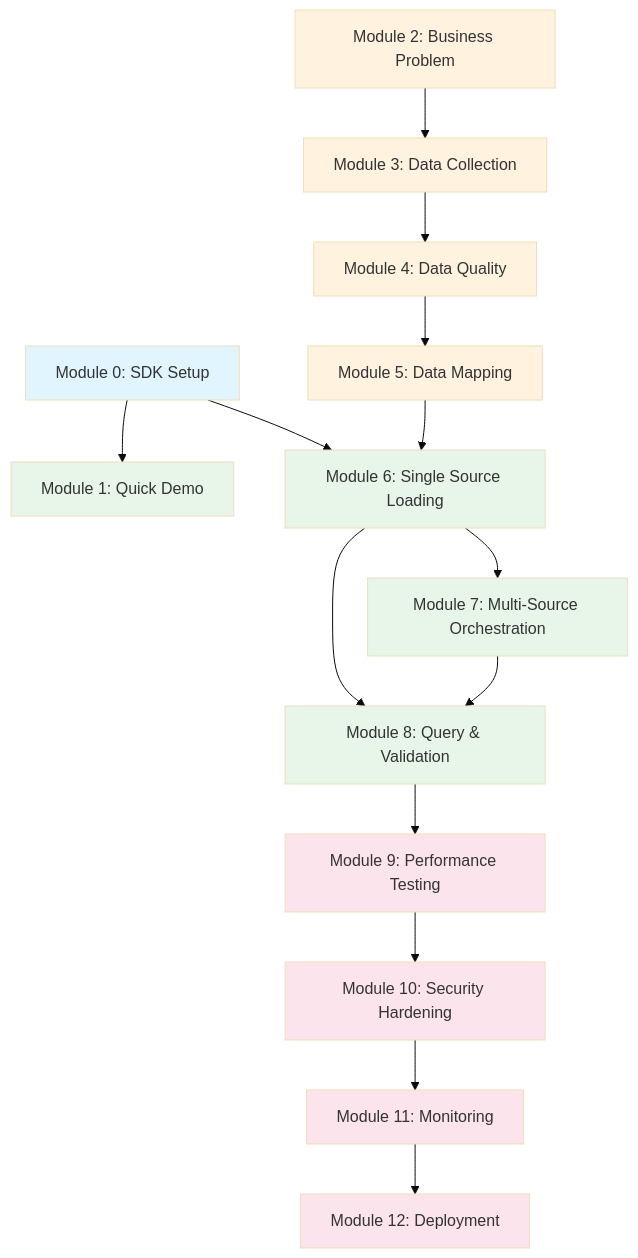
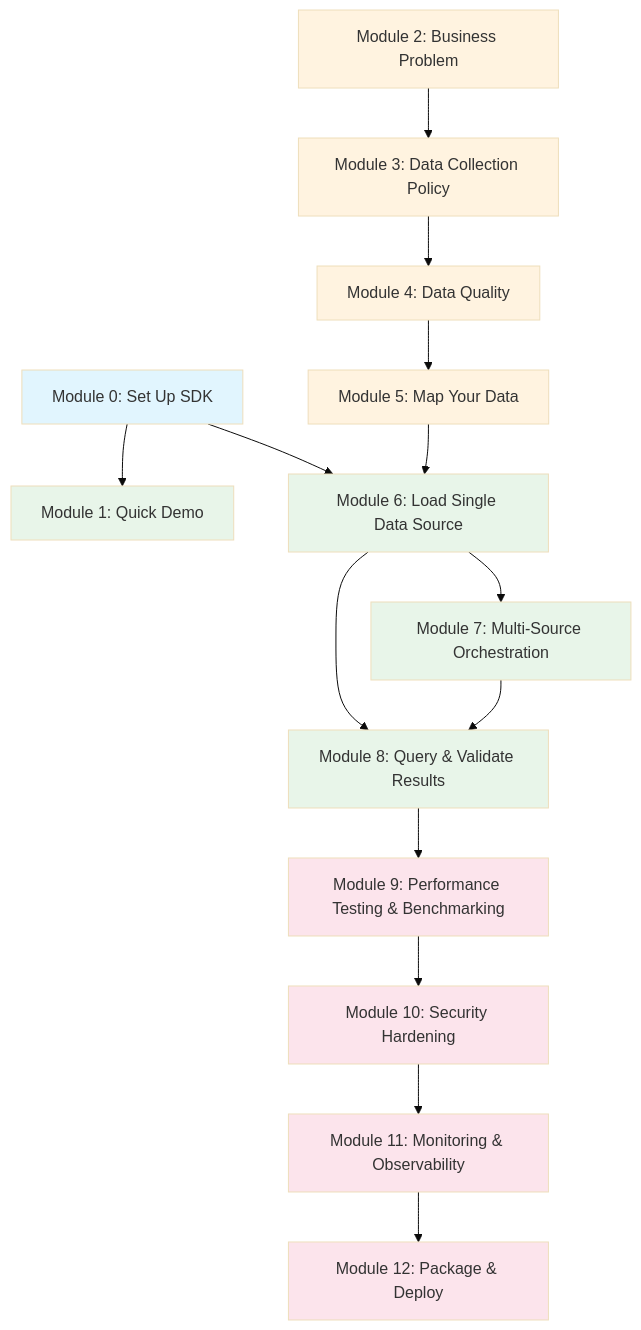
One commit to docktermj/senzing-bootcamp-kiro-powers changed the diagram in senzing-bootcamp/docs/diagrams/module-prerequisites.md. Above: the diagram before and after it, drawn with Mermaid (base theme). The commit also changed 28 other files, not shown here.

````diff
--- a/senzing-bootcamp/docs/diagrams/module-prerequisites.md
+++ b/senzing-bootcamp/docs/diagrams/module-prerequisites.md
@@ -5,33 +5,33 @@
 ```mermaid
 graph TD
-    M0[Module 0: SDK Setup] --> M1[Module 1: Quick Demo]
-    M0 --> M6[Module 6: Single Source Loading]
+    M0[Module 0: Set Up SDK] --> M1[Module 1: Quick Demo]
+    M0 --> M6[Module 6: Load Single Data Source]
 
-    M2[Module 2: Business Problem] --> M3[Module 3: Data Collection]
+    M2[Module 2: Business Problem] --> M3[Module 3: Data Collection Policy]
     M3 --> M4[Module 4: Data Quality]
-    M4 --> M5[Module 5: Data Mapping]
+    M4 --> M5[Module 5: Map Your Data]
     M5 --> M6
 
     M6 --> M7[Module 7: Multi-Source Orchestration]
-    M6 --> M8[Module 8: Query & Validation]
+    M6 --> M8[Module 8: Query & Validate Results]
     M7 --> M8
 
-    M8 --> M9[Module 9: Performance Testing]
+    M8 --> M9[Module 9: Performance Testing & Benchmarking]
     M9 --> M10[Module 10: Security Hardening]
-    M10 --> M11[Module 11: Monitoring]
-    M11 --> M12[Module 12: Deployment]
+    M10 --> M11[Module 11: Monitoring & Observability]
+    M11 --> M12[Module 12: Package & Deploy]
 
     style M0 fill:#e1f5fe
     style M1 fill:#e8f5e9
     style M2 fill:#fff3e0
     style M3 fill:#fff3e0
     style M4 fill:#fff3e0
     style M5 fill:#fff3e0
     style M6 fill:#e8f5e9
     style M7 fill:#e8f5e9
     style M8 fill:#e8f5e9
     style M9 fill:#fce4ec
     style M10 fill:#fce4ec
     style M11 fill:#fce4ec
     style M12 fill:#fce4ec
 ```
````
